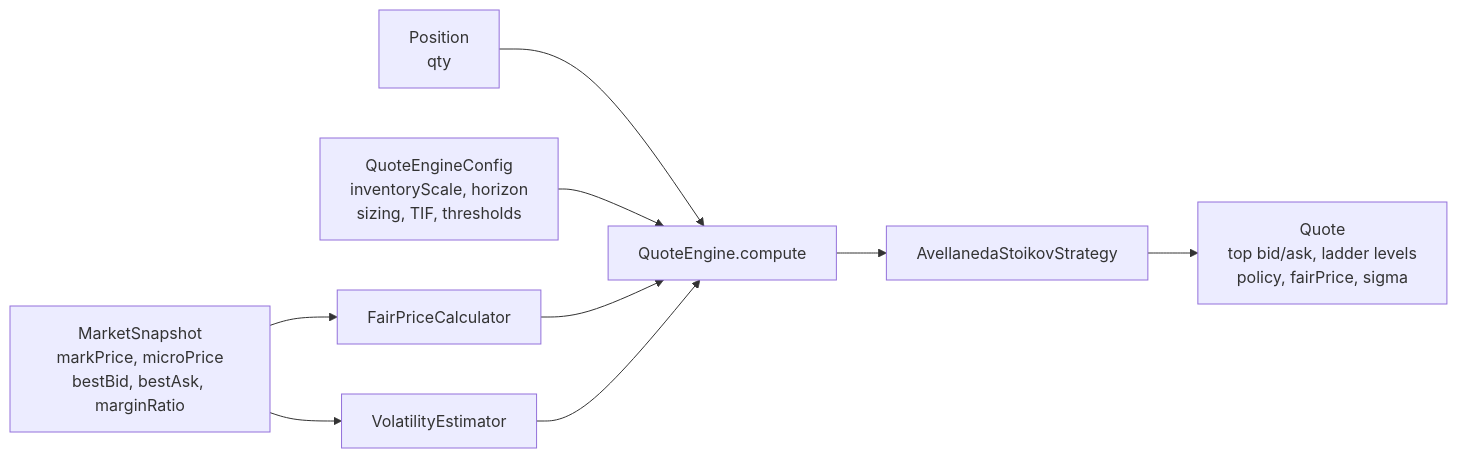
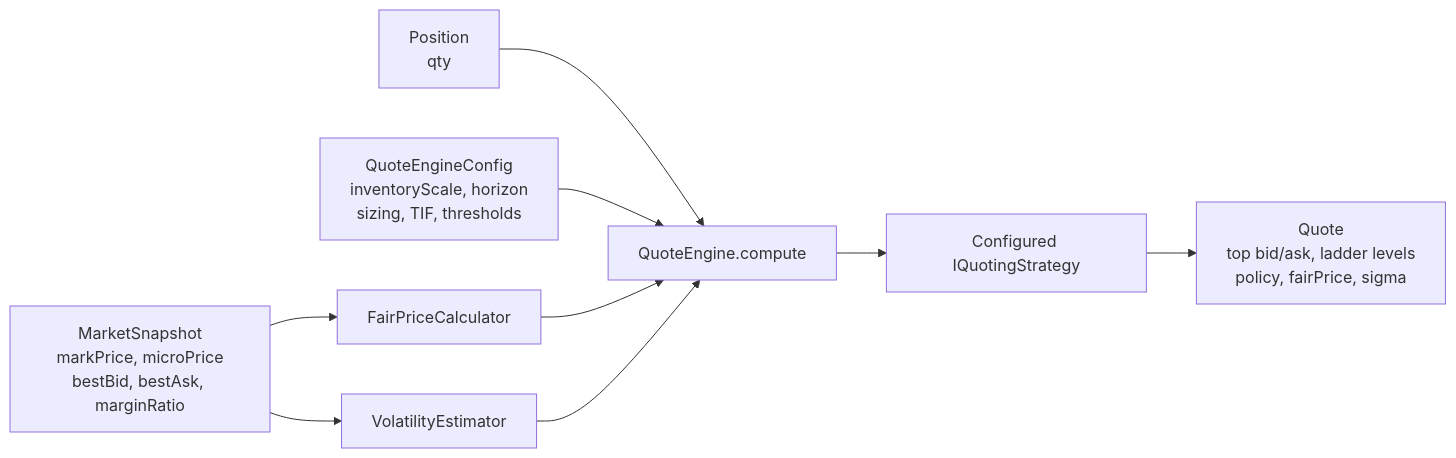
The second of 2 diagrams in docs/storategy.md (posaune0423/simple-mm-bot), drawn with Mermaid before and after one commit. The commit also changed other lines of this file and 58 other files, not shown here.

````diff
--- a/docs/storategy.md
+++ b/docs/storategy.md
@@ -75,12 +75,12 @@
 ```mermaid
 flowchart LR
     Snapshot["MarketSnapshot<br/>markPrice, microPrice<br/>bestBid, bestAsk, marginRatio"] --> Fair["FairPriceCalculator"]
     Snapshot --> Vol["VolatilityEstimator"]
     Position["Position<br/>qty"] --> QE["QuoteEngine.compute"]
     Config["QuoteEngineConfig<br/>inventoryScale, horizon<br/>sizing, TIF, thresholds"] --> QE
 
     Fair --> QE
     Vol --> QE
-    QE --> Strategy["AvellanedaStoikovStrategy"]
+    QE --> Strategy["Configured IQuotingStrategy"]
     Strategy --> Quote["Quote<br/>top bid/ask, ladder levels<br/>policy, fairPrice, sigma"]
 ```
````
